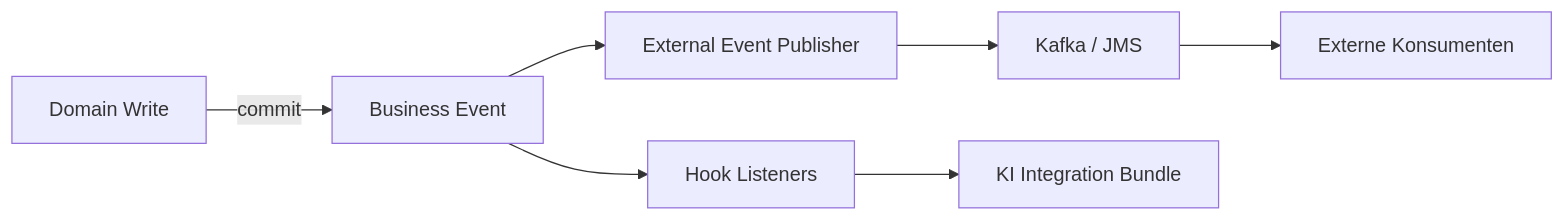
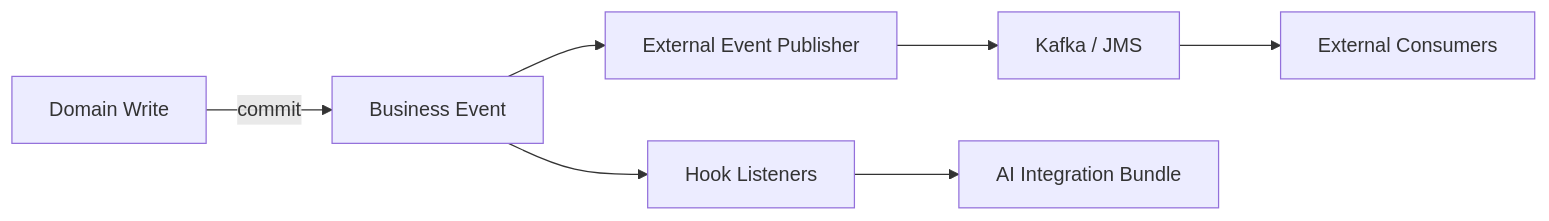
Before and after one commit to RainerMaxWallscheid/fineract-osgi: the fifth of 11 diagrams in docs/arc42/06_crosscutting_concepts.md, drawn with Mermaid. The commit also changed other lines of this file and 38 other files, not shown here.

````diff
--- a/docs/arc42/06_crosscutting_concepts.md
+++ b/docs/arc42/06_crosscutting_concepts.md
@@ -263,9 +263,9 @@
 ```mermaid
 flowchart LR
     D[Domain Write] -->|commit| BE[Business Event]
     BE --> H[Hook Listeners]
     BE --> X[External Event Publisher]
     X --> K[Kafka / JMS]
-    H --> KI[KI Integration Bundle]
-    K --> EXT[Externe Konsumenten]
+    H --> KI[AI Integration Bundle]
+    K --> EXT[External Consumers]
 ```
````
